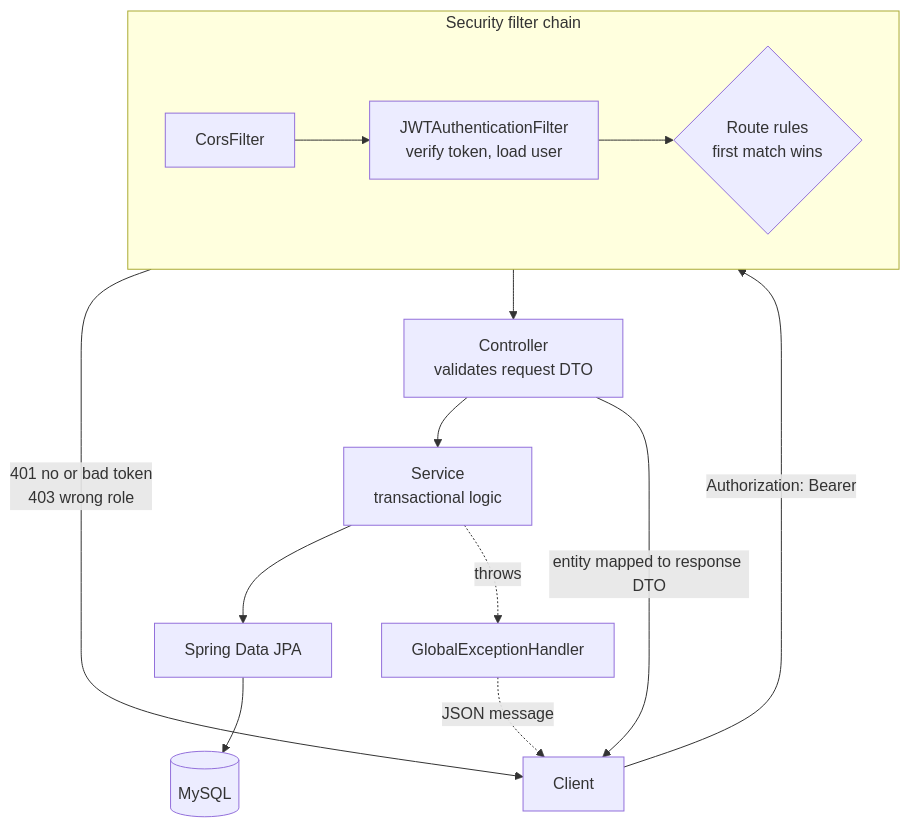
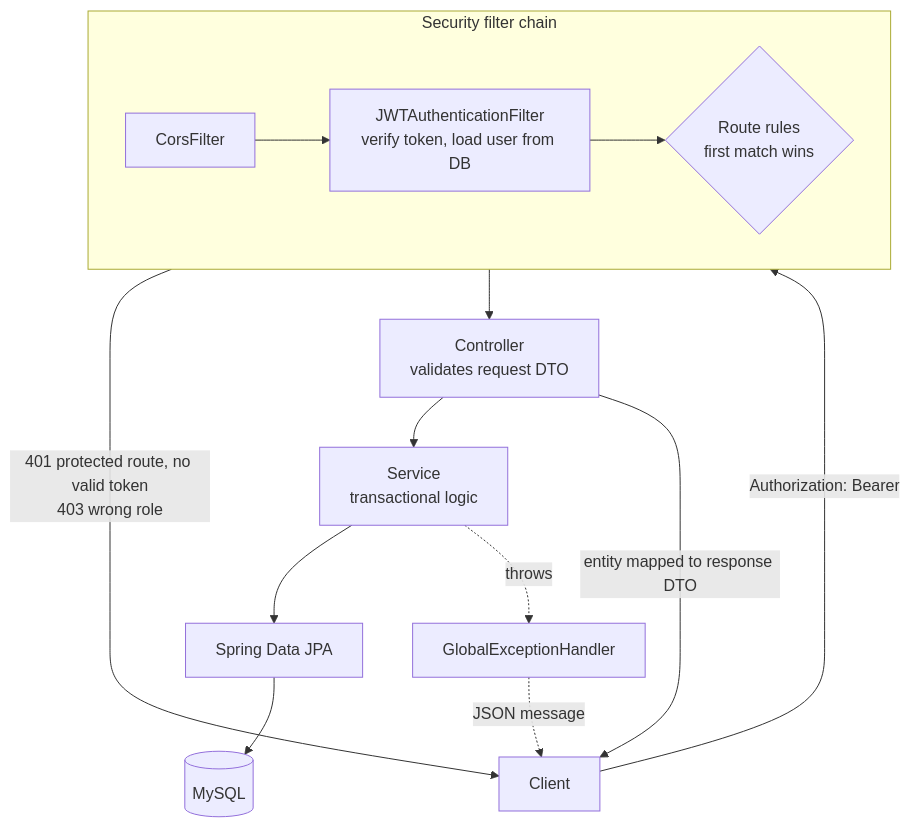
One commit to Robotbino/gameStore-backend changed the first of 2 diagrams in README.md. Above: the diagram before and after it, drawn with Mermaid. The commit also changed other lines of this file, not shown here.

````diff
--- a/README.md
+++ b/README.md
@@ -150,14 +250,14 @@
 ```mermaid
 flowchart TD
     C["Client"] -->|"Authorization: Bearer"| SEC
     subgraph SEC["Security filter chain"]
         direction LR
-        CF["CorsFilter"] --> JF["JWTAuthenticationFilter<br/>verify token, load user"] --> AUTH{"Route rules<br/>first match wins"}
+        CF["CorsFilter"] --> JF["JWTAuthenticationFilter<br/>verify token, load user from DB"] --> AUTH{"Route rules<br/>first match wins"}
     end
-    SEC -->|"401 no or bad token<br/>403 wrong role"| C
+    SEC -->|"401 protected route, no valid token<br/>403 wrong role"| C
     SEC --> CTRL["Controller<br/>validates request DTO"]
     CTRL --> SVC["Service<br/>transactional logic"]
     SVC --> REPO["Spring Data JPA"] --> DB[("MySQL")]
     CTRL -->|"entity mapped to response DTO"| C
     SVC -.->|"throws"| GEH["GlobalExceptionHandler"] -.->|"JSON message"| C
 ```
````
